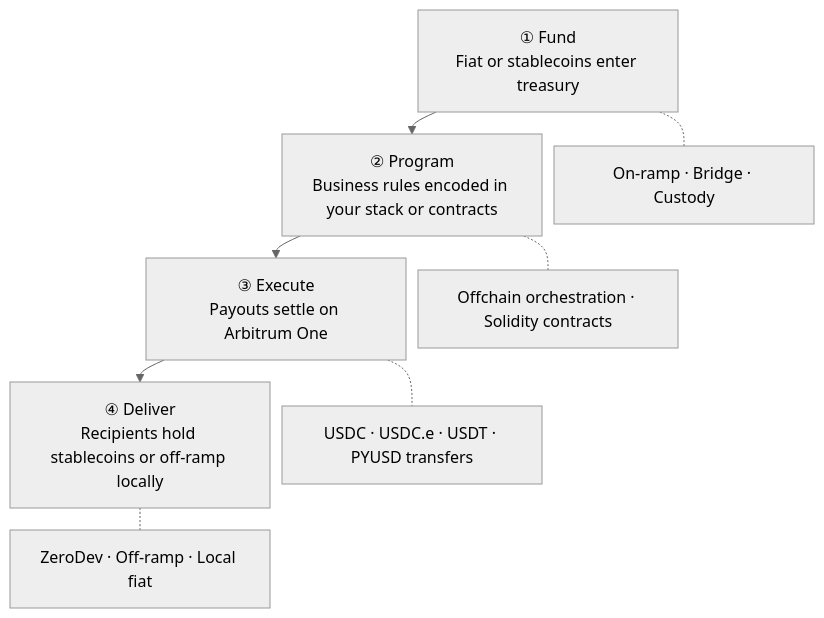
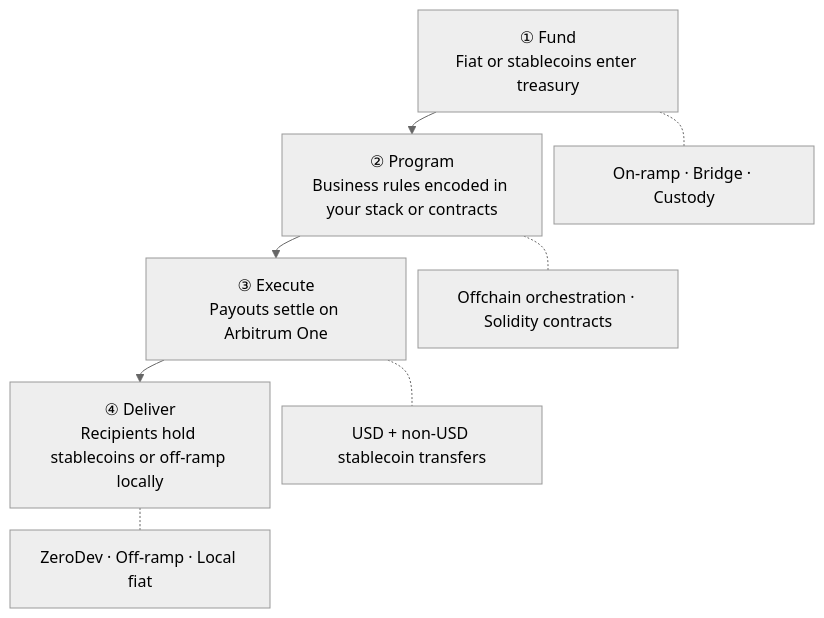
One commit to santiocl/arbitrum-docs changed the first of 4 diagrams in docs/solutions/cross-border-payments.mdx. Above: the diagram before and after it, drawn with Mermaid (neutral theme). The commit also changed other lines of this file, not shown here.

Commit message:
Update cross-border payments: non-USD stables, Offchain rebrand, service providers

````diff
--- a/docs/solutions/cross-border-payments.mdx
+++ b/docs/solutions/cross-border-payments.mdx
@@ -43,15 +43,15 @@
 ```mermaid
 %%{init: {'flowchart': {'nodeSpacing': 12, 'rankSpacing': 22}}}%%
 flowchart TD
     FUND["① Fund<br/>Fiat or stablecoins enter treasury"]
     PROG["② Program<br/>Business rules encoded in your stack or contracts"]
     EXEC["③ Execute<br/>Payouts settle on Arbitrum One"]
     DELIV["④ Deliver<br/>Recipients hold stablecoins or off-ramp locally"]
 
     FUND --> PROG --> EXEC --> DELIV
 
     FUND -.- F1["On-ramp · Bridge · Custody"]
     PROG -.- P1["Offchain orchestration · Solidity contracts"]
-    EXEC -.- E1["USDC · USDC.e · USDT · PYUSD transfers"]
+    EXEC -.- E1["USD + non-USD stablecoin transfers"]
     DELIV -.- D1["ZeroDev · Off-ramp · Local fiat"]
 ```
````
